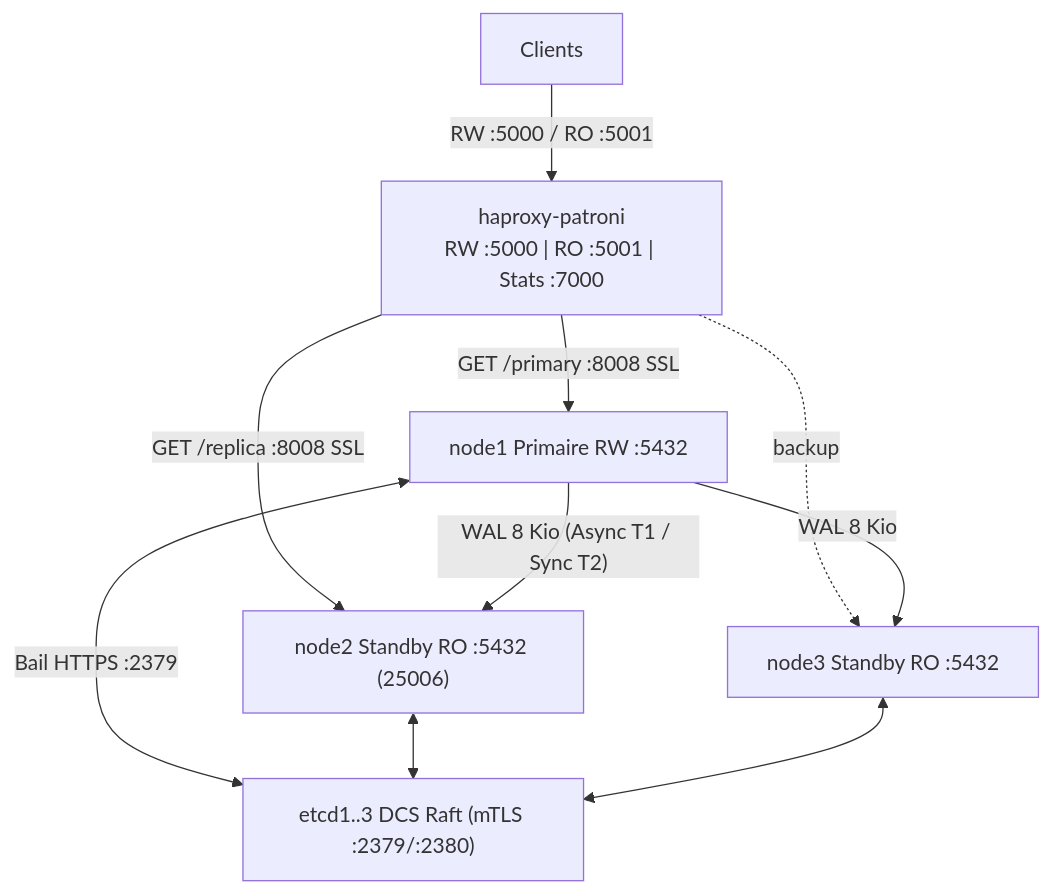
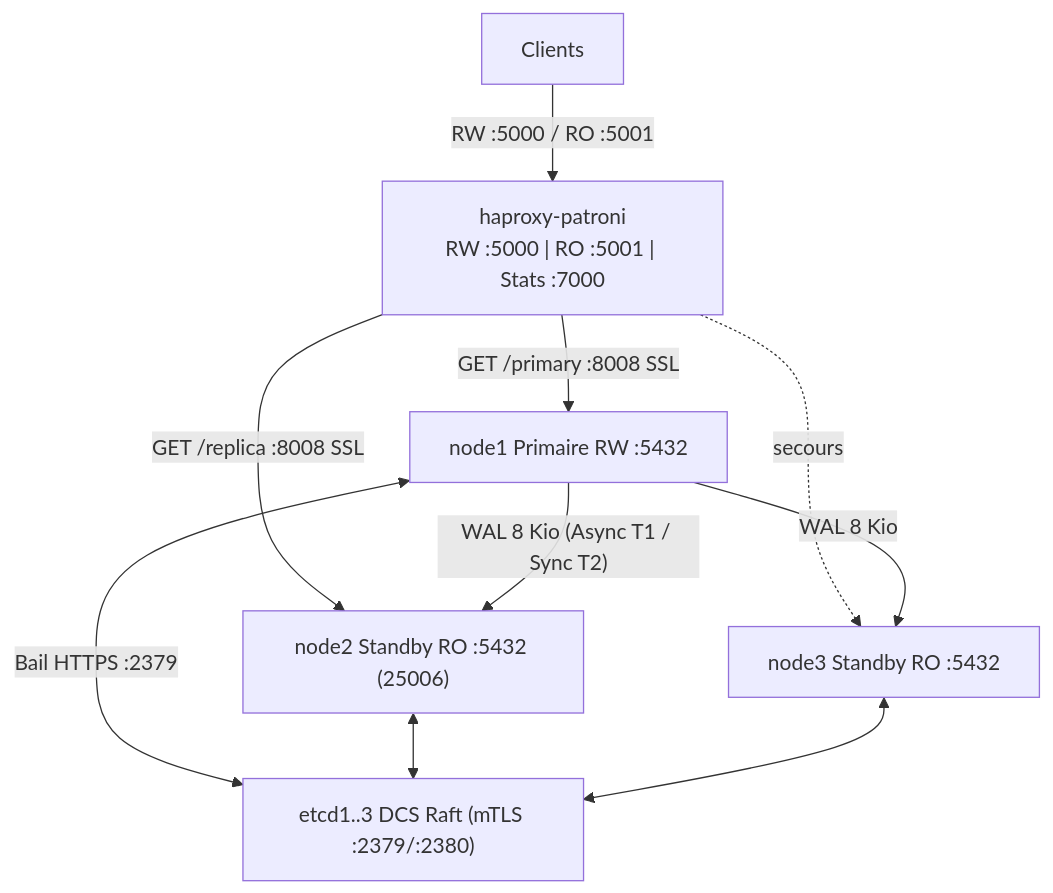
One commit to jmrenouard/ClusterPostgreSQL-Series changed the diagram in docs/fr/solutions/pg17_physical_streaming_patroni.md. Above: the diagram before and after it, drawn with Mermaid. The commit also changed other lines of this file and 1 other file, not shown here.

````diff
--- a/docs/fr/solutions/pg17_physical_streaming_patroni.md
+++ b/docs/fr/solutions/pg17_physical_streaming_patroni.md
@@ -32,12 +32,12 @@
 ```mermaid
 flowchart TB
     C["Clients"] -->|"RW :5000 / RO :5001"| HAP["haproxy-patroni<br/>RW :5000 | RO :5001 | Stats :7000"]
     HAP -->|"GET /primary :8008 SSL"| N1["node1 Primaire RW :5432"]
     HAP -->|"GET /replica :8008 SSL"| N2["node2 Standby RO :5432 (25006)"]
-    HAP -.->|"backup"| N3["node3 Standby RO :5432"]
+    HAP -.->|"secours"| N3["node3 Standby RO :5432"]
     N1 -->|"WAL 8 Kio (Async T1 / Sync T2)"| N2
     N1 -->|"WAL 8 Kio"| N3
     N1 <-->|"Bail HTTPS :2379"| ETCD["etcd1..3 DCS Raft (mTLS :2379/:2380)"]
     N2 <--> ETCD
     N3 <--> ETCD
 ```
````
